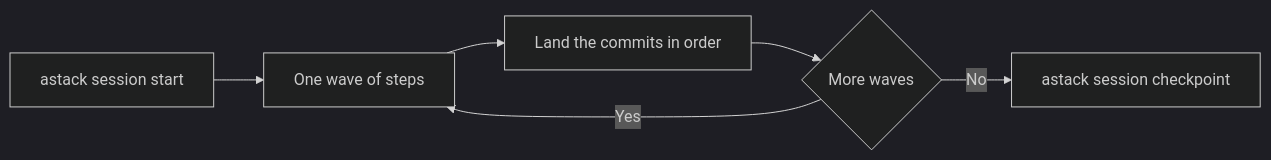
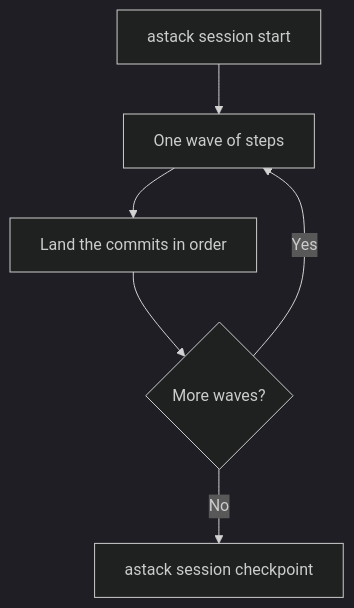
The diagram in docs/charts/session-waves.mmd (vahaah/astack), drawn with Mermaid (dark theme) before and after one commit. The commit also changed 11 other files, not shown here.

Commit message:
docs: rewrite README and CONTRIBUTING, theme-aware charts and hero

```diff
--- a/docs/charts/session-waves.mmd
+++ b/docs/charts/session-waves.mmd
@@ -1,6 +1,6 @@
-flowchart LR
+flowchart TB
   startNode["astack session start"] --> wave[One wave of steps]
   wave --> land[Land the commits in order]
-  land --> more{More waves}
+  land --> more{More waves?}
   more -->|Yes| wave
   more -->|No| point["astack session checkpoint"]
```
